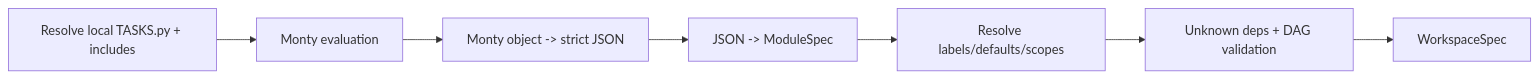
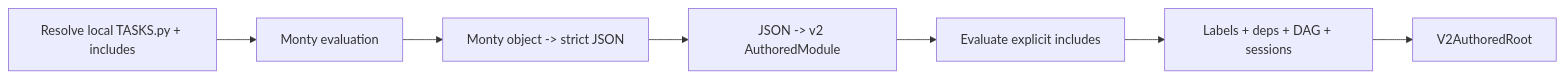
Before and after one commit to gu1p/tak: the diagram in crates/tak-loader/ARCHITECTURE.md, drawn with Mermaid. The commit also changed other lines of this file and 1840 other files, not shown here.

````diff
--- a/crates/tak-loader/ARCHITECTURE.md
+++ b/crates/tak-loader/ARCHITECTURE.md
@@ -11,9 +12,9 @@
 ```mermaid
 flowchart LR
     Discover[Resolve local TASKS.py + includes] --> Eval[Monty evaluation]
     Eval --> Convert[Monty object -> strict JSON]
-    Convert --> Decode[JSON -> ModuleSpec]
-    Decode --> Merge[Resolve labels/defaults/scopes]
-    Merge --> Validate[Unknown deps + DAG validation]
-    Validate --> Workspace[WorkspaceSpec]
+    Convert --> Decode[JSON -> v2 AuthoredModule]
+    Decode --> Include[Evaluate explicit includes]
+    Include --> Validate[Labels + deps + DAG + sessions]
+    Validate --> Root[V2AuthoredRoot]
 ```
````
